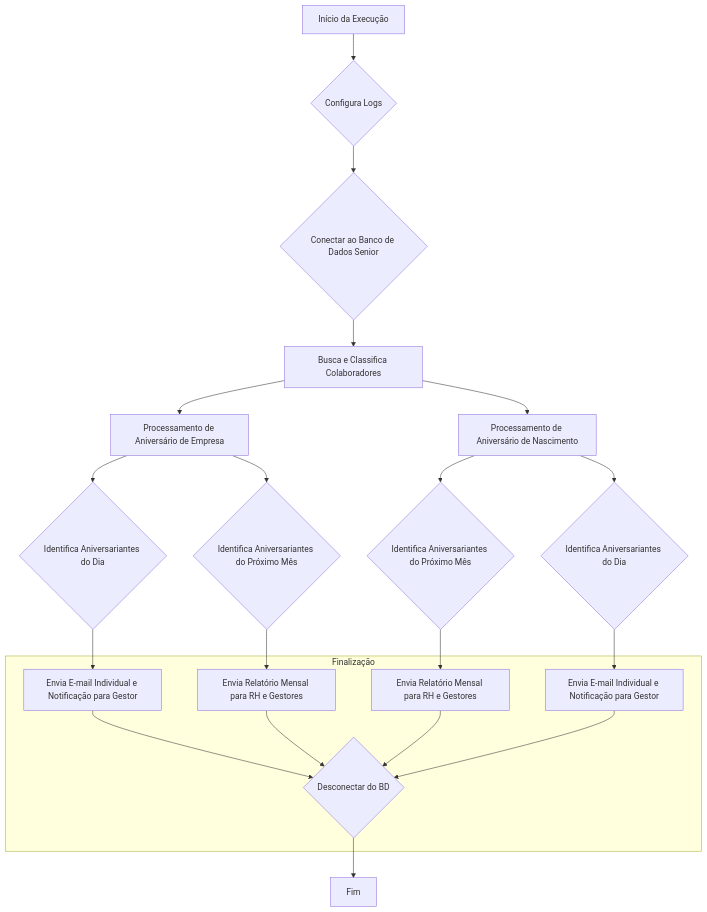
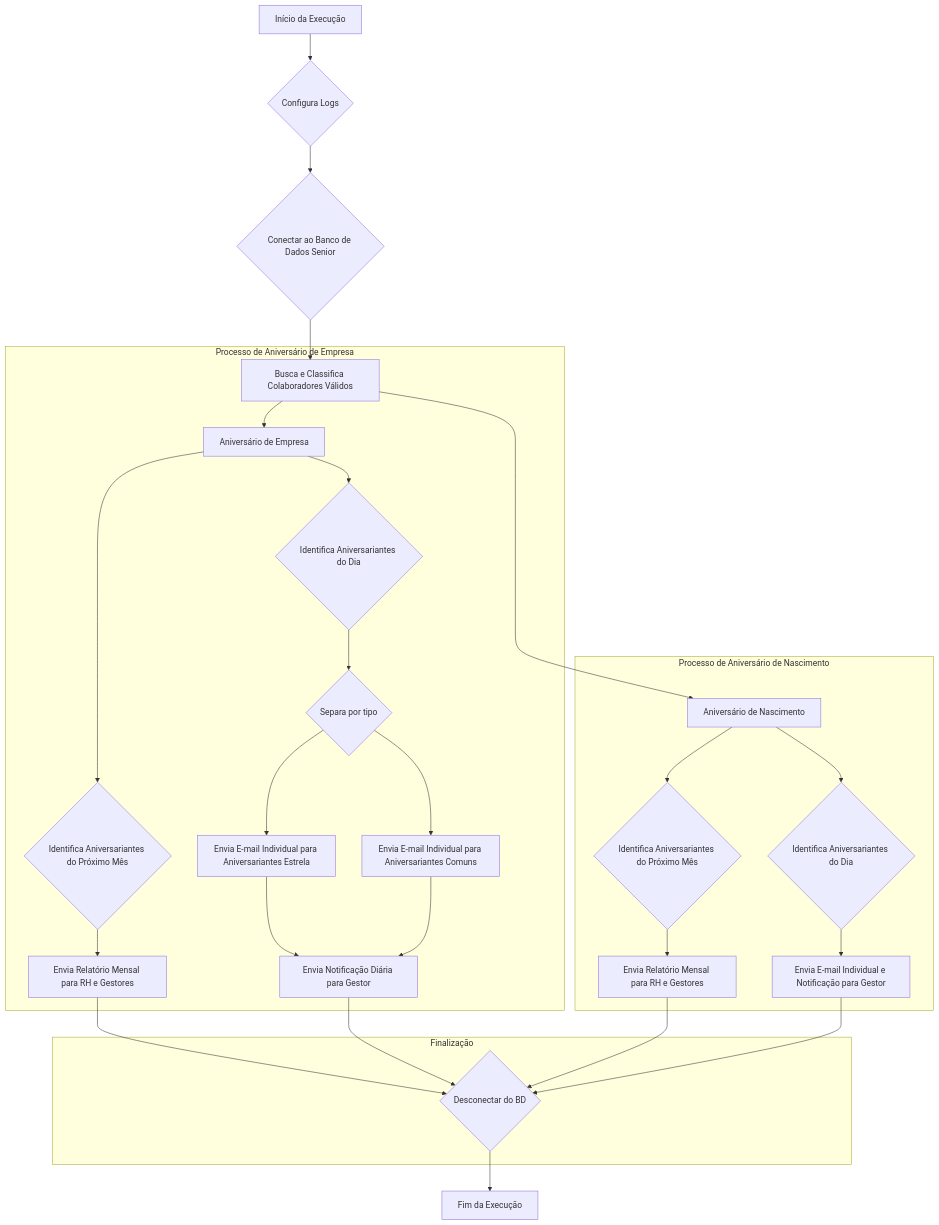
Before and after one commit to sophialberton/emailRH: the first of 2 diagrams in README.md, drawn with Mermaid. The commit also changed other lines of this file, not shown here.

````diff
--- a/README.md
+++ b/README.md
@@ -18,27 +26,35 @@
 ```mermaid
 graph TD
     A[Início da Execução] --> B{Configura Logs};
     B --> C{Conectar ao Banco de Dados Senior};
-    C --> D[Busca e Classifica Colaboradores];
-    
-    D --> E[Processamento de Aniversário de Empresa];
-    E --> F{Identifica Aniversariantes do Próximo Mês};
-    F --> G[Envia Relatório Mensal para RH e Gestores];
-    E --> H{Identifica Aniversariantes do Dia};
-    H --> I[Envia E-mail Individual e Notificação para Gestor];
-    
-    D --> J[Processamento de Aniversário de Nascimento];
-    J --> K{Identifica Aniversariantes do Próximo Mês};
-    K --> L[Envia Relatório Mensal para RH e Gestores];
-    J --> M{Identifica Aniversariantes do Dia};
-    M --> N[Envia E-mail Individual e Notificação para Gestor];
+    C --> D[Busca e Classifica Colaboradores Válidos];
+
+    subgraph Processo de Aniversário de Empresa
+        D --> E[Aniversário de Empresa];
+        E --> F{Identifica Aniversariantes do Próximo Mês};
+        F --> G[Envia Relatório Mensal para RH e Gestores];
+        E --> H{Identifica Aniversariantes do Dia};
+        H --> H_Sub{Separa por tipo};
+        H_Sub --> I_Star[Envia E-mail Individual para Aniversariantes Estrela];
+        H_Sub --> I_Normal[Envia E-mail Individual para Aniversariantes Comuns];
+        I_Star --> I_Gestor;
+        I_Normal --> I_Gestor[Envia Notificação Diária para Gestor];
+    end
+
+    subgraph Processo de Aniversário de Nascimento
+        D --> J[Aniversário de Nascimento];
+        J --> K{Identifica Aniversariantes do Próximo Mês};
+        K --> L[Envia Relatório Mensal para RH e Gestores];
+        J --> M{Identifica Aniversariantes do Dia};
+        M --> N[Envia E-mail Individual e Notificação para Gestor];
+    end
 
     subgraph Finalização
-        I --> Z{Desconectar do BD};
-        G --> Z;
+        G --> Z{Desconectar do BD};
+        I_Gestor --> Z;
         L --> Z;
         N --> Z;
     end
-    
-    Z --> FIM[Fim];
+
+    Z --> FIM[Fim da Execução];
 ```
````
